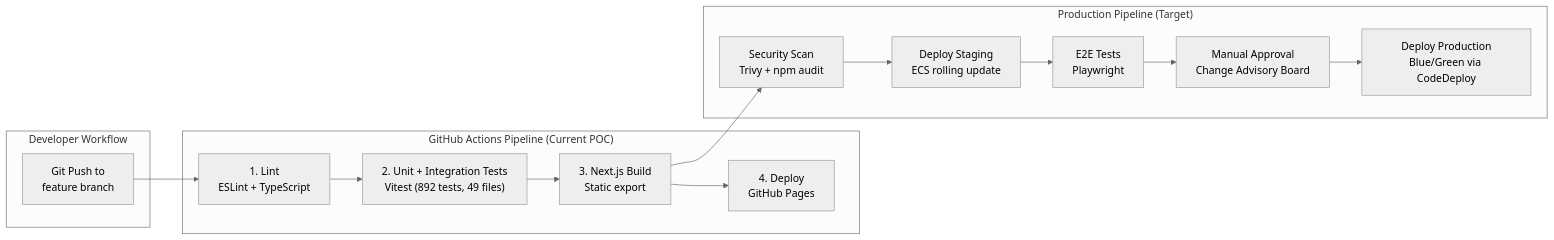
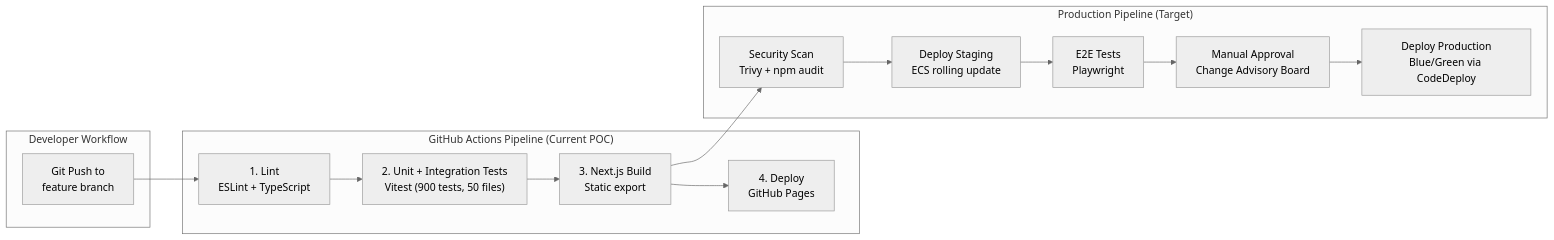
One commit to macleoda-leidos/aib-iaas-poc changed the ninth of 9 diagrams in docs/architecture.md. Above: the diagram before and after it, drawn with Mermaid (neutral theme). The commit also changed other lines of this file and 5 other files, not shown here.

````diff
--- a/docs/architecture.md
+++ b/docs/architecture.md
@@ -742,24 +742,24 @@
 ```mermaid
 graph LR
     subgraph "Developer Workflow"
         commit["Git Push to<br/>feature branch"]
     end
 
     subgraph "GitHub Actions Pipeline (Current POC)"
         lint["1. Lint<br/>ESLint + TypeScript"]
-        test["2. Unit + Integration Tests<br/>Vitest (892 tests, 49 files)"]
+        test["2. Unit + Integration Tests<br/>Vitest (900 tests, 50 files)"]
         build["3. Next.js Build<br/>Static export"]
         deploy["4. Deploy<br/>GitHub Pages"]
     end
 
     subgraph "Production Pipeline (Target)"
         scan["Security Scan<br/>Trivy + npm audit"]
         staging["Deploy Staging<br/>ECS rolling update"]
         e2e["E2E Tests<br/>Playwright"]
         approve["Manual Approval<br/>Change Advisory Board"]
         prod["Deploy Production<br/>Blue/Green via CodeDeploy"]
     end
 
     commit --> lint --> test --> build --> deploy
     build --> scan --> staging --> e2e --> approve --> prod
 ```
````
